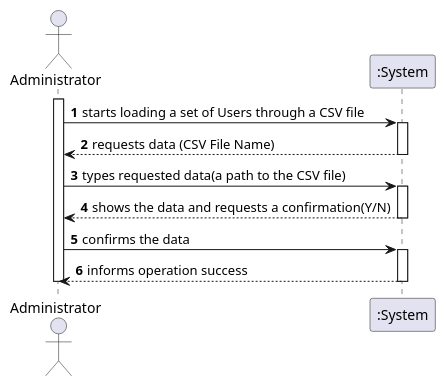
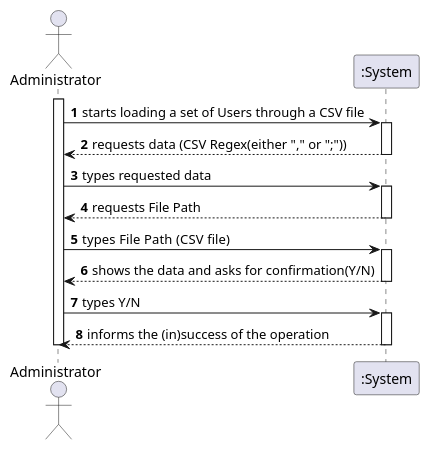
One commit to PedroMesquita1211171/VaccinationManager changed the diagram in docs/SprintC/US/US14/US014_SSD.puml. Above: the diagram before and after it, drawn with PlantUML. The commit also changed 24 other files, not shown here.

```diff
--- a/docs/SprintC/US/US14/US014_SSD.puml
+++ b/docs/SprintC/US/US14/US014_SSD.puml
@@ -1,23 +1,28 @@
 @startuml
 autonumber
 actor "Administrator" as adm
 
 activate adm
 adm -> ":System" : starts loading a set of Users through a CSV file
 activate ":System"
-":System" --> adm : requests data (CSV File Name)
+":System" --> adm : requests data (CSV Regex(either "," or ";"))
 deactivate ":System"
 
-adm -> ":System" : types requested data(a path to the CSV file)
+adm -> ":System" : types requested data
 activate ":System"
-":System" --> adm : shows the data and requests a confirmation(Y/N)
+":System" --> adm : requests File Path
 deactivate ":System"
 
-adm -> ":System" : confirms the data
+adm -> ":System" : types File Path  (CSV file)
 activate ":System"
-":System" --> adm : informs operation success
+":System" --> adm : shows the data and asks for confirmation(Y/N)
+deactivate ":System"
+
+adm -> ":System" : types Y/N
+activate ":System"
+":System" --> adm : informs the (in)success of the operation
 deactivate ":System"
 
 deactivate adm
 
 @enduml
```
